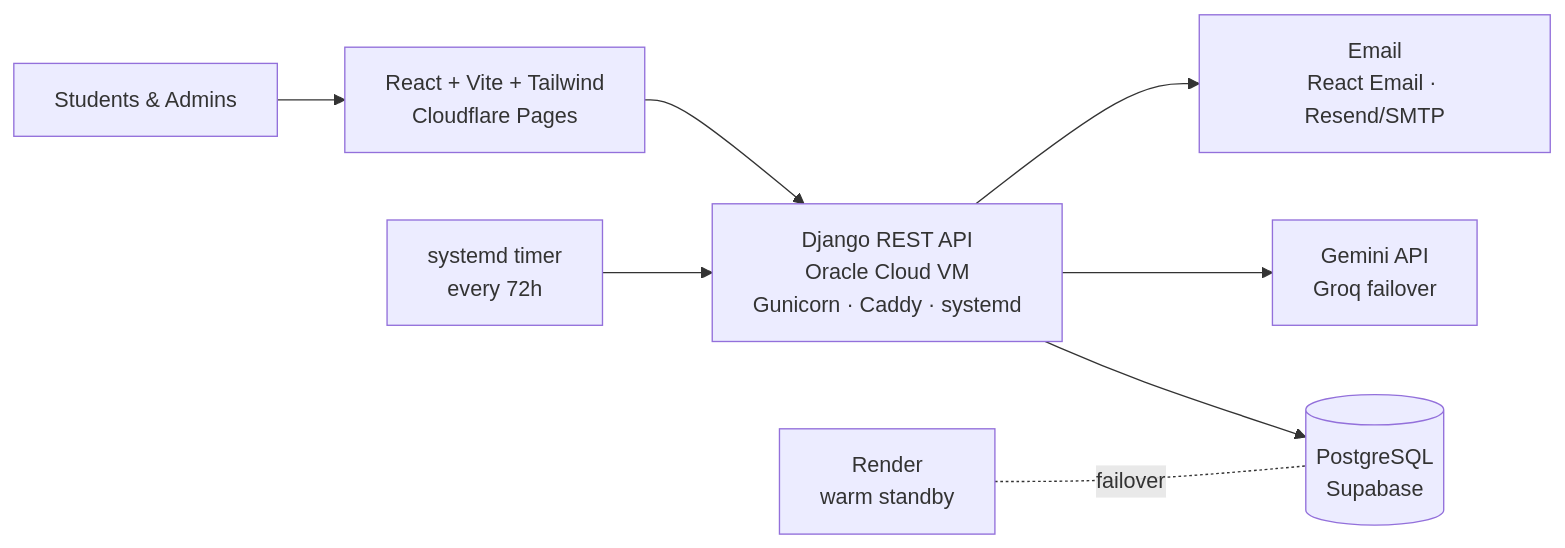
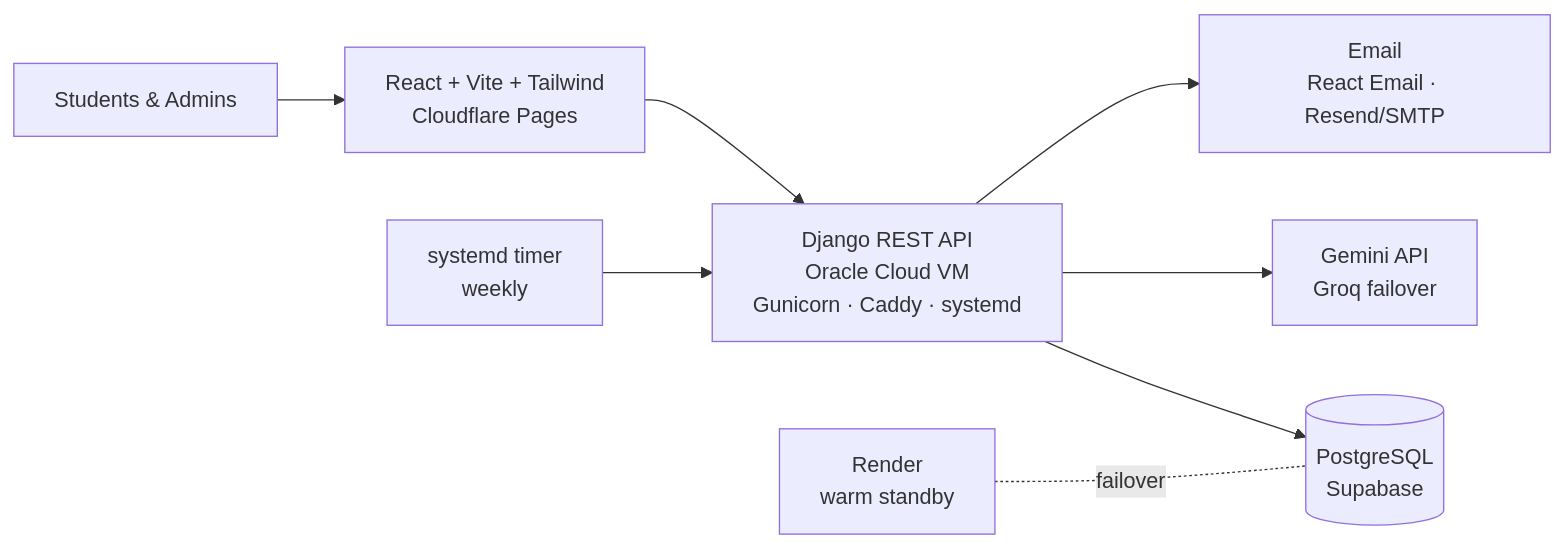
The diagram in README.md (FOFANA459-2023/myScholy), drawn with Mermaid before and after one commit. The commit also changed other lines of this file, not shown here.

Commit message:
README: the digest is weekly and personalised

````diff
--- a/README.md
+++ b/README.md
@@ -30,10 +30,10 @@
 ```mermaid
 graph LR
     U[Students & Admins] --> CF[React + Vite + Tailwind<br/>Cloudflare Pages]
     CF --> API[Django REST API<br/>Oracle Cloud VM<br/>Gunicorn · Caddy · systemd]
     API --> DB[(PostgreSQL<br/>Supabase)]
     API --> AI[Gemini API<br/>Groq failover]
     API --> MAIL[Email<br/>React Email · Resend/SMTP]
-    T[systemd timer<br/>every 72h] --> API
+    T[systemd timer<br/>weekly] --> API
     R[Render<br/>warm standby] -.failover.- DB
 ```
````
